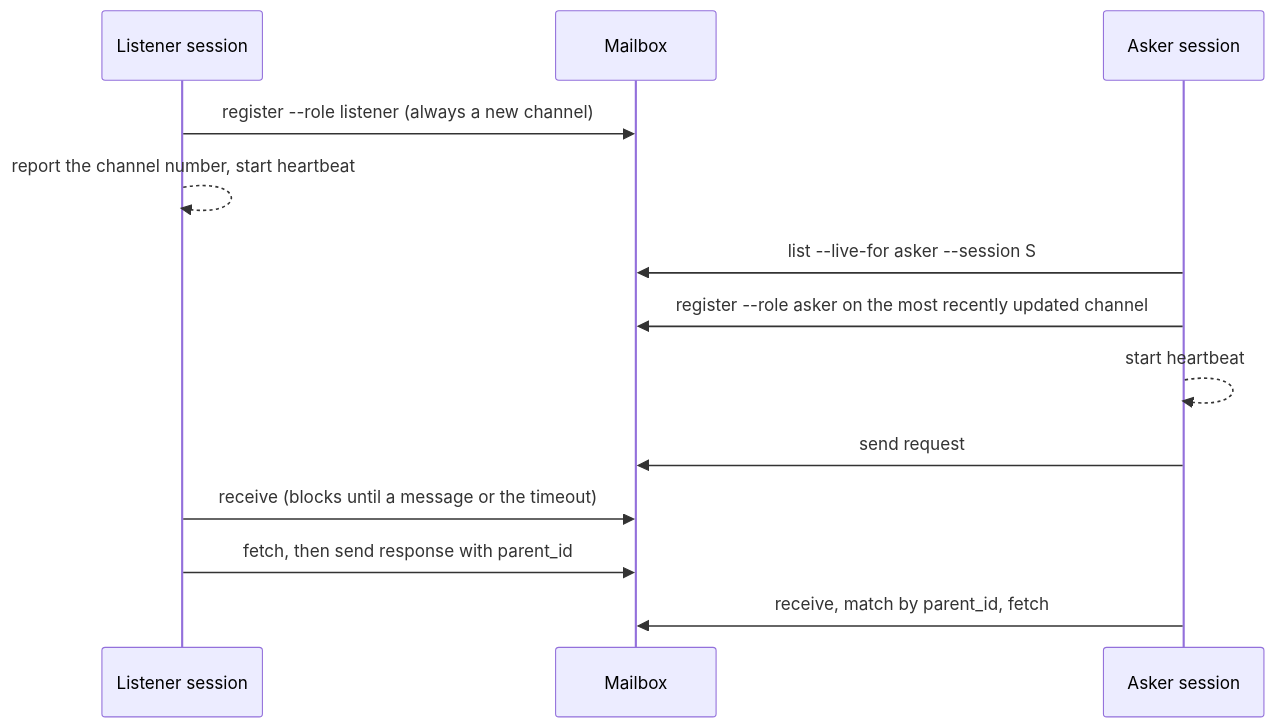
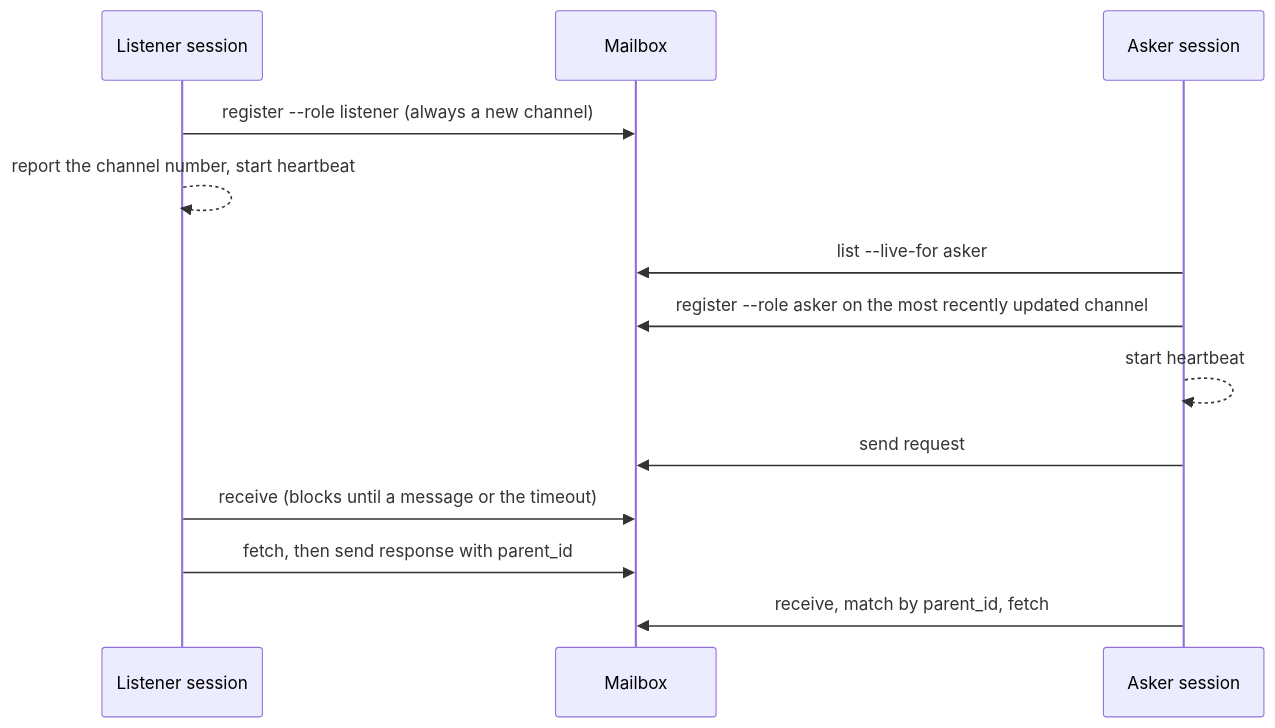
One commit to vancsj/bootgear changed the diagram in plugins/advisor/README.md. Above: the diagram before and after it, drawn with Mermaid. The commit also changed other lines of this file and 42 other files, not shown here.

````diff
--- a/plugins/advisor/README.md
+++ b/plugins/advisor/README.md
@@ -62,15 +62,15 @@
 ```mermaid
 sequenceDiagram
     participant L as Listener session
     participant M as Mailbox
     participant A as Asker session
     L->>M: register --role listener (always a new channel)
     L-->>L: report the channel number, start heartbeat
-    A->>M: list --live-for asker --session S
+    A->>M: list --live-for asker
     A->>M: register --role asker on the most recently updated channel
     A-->>A: start heartbeat
     A->>M: send request
     L->>M: receive (blocks until a message or the timeout)
     L->>M: fetch, then send response with parent_id
     A->>M: receive, match by parent_id, fetch
 ```
````
